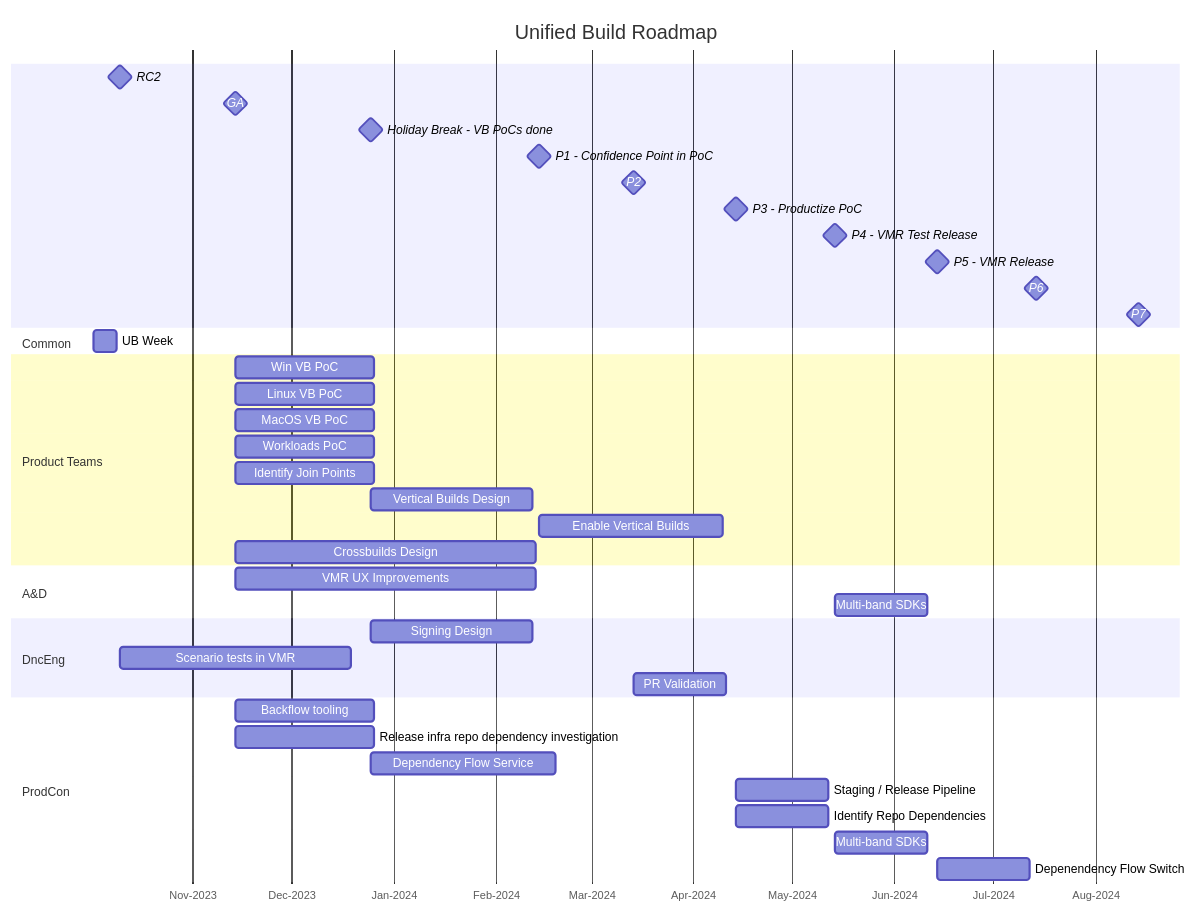
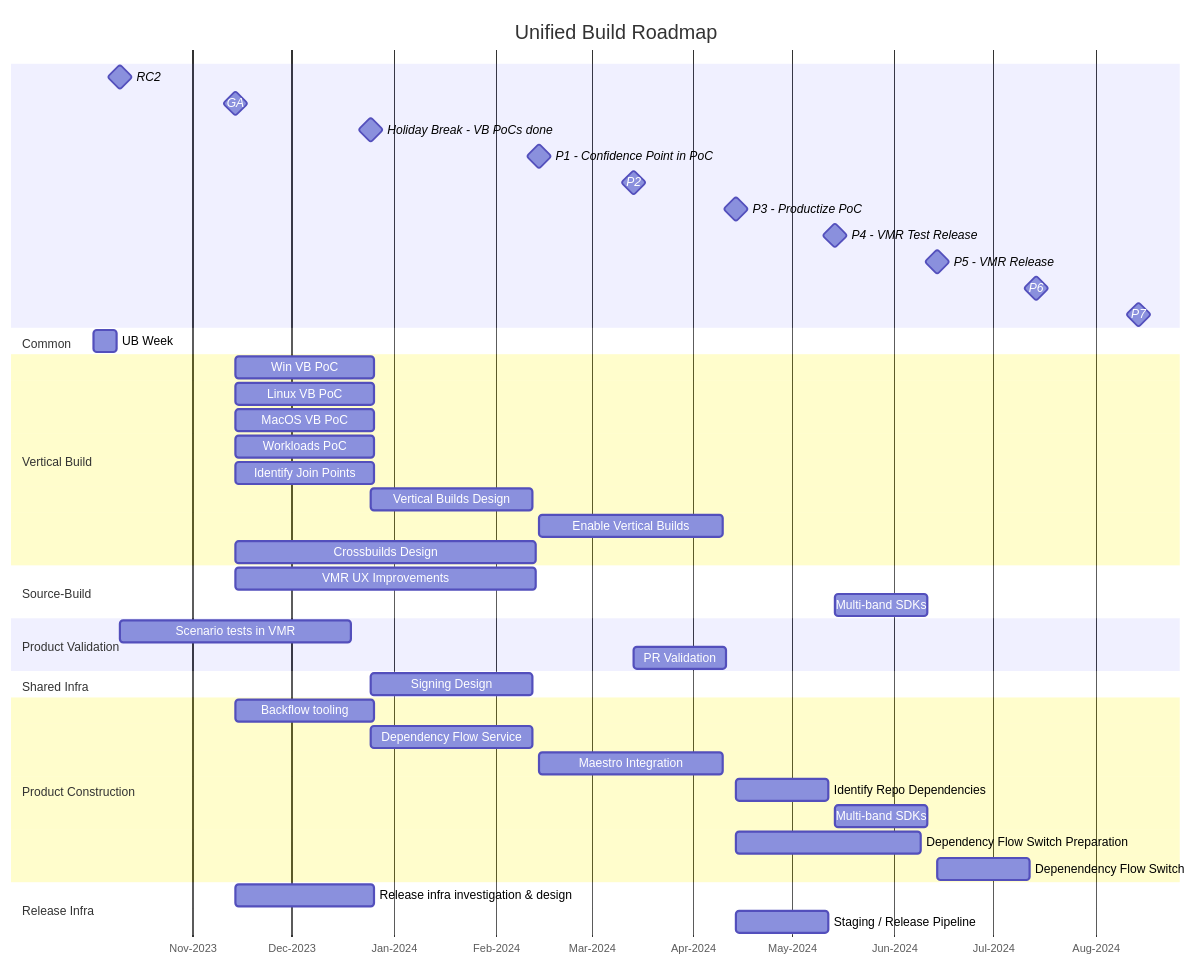
The diagram in Documentation/UnifiedBuild/UB-Roadmap-Gantt.md (dotnet/arcade), drawn with Mermaid before and after one commit. The commit also changed other lines of this file, not shown here.

Commit message:
Updated roadmap

````diff
--- a/Documentation/UnifiedBuild/UB-Roadmap-Gantt.md
+++ b/Documentation/UnifiedBuild/UB-Roadmap-Gantt.md
@@ -3,47 +3,53 @@
 ```mermaid
 gantt
     title Unified Build Roadmap
     axisFormat %b-%Y
     RC2: milestone, net8-rc2, 2023-10-10, 0
     GA: milestone, net8-ga, 2023-11-14, 0
     Holiday Break - VB PoCs done: milestone, holiday, 2023-12-25, 0
     %% delta between Holiday and P1 is 7w
     P1 - Confidence Point in PoC: milestone, net9-p1, 2024-02-14, 0
     P2: milestone, net9-p2, 2024-03-14, 0
     P3 - Productize PoC: milestone, net9-p3, 2024-04-14, 0
     P4 - VMR Test Release: milestone, net9-p4, 2024-05-14, 0
     P5 - VMR Release: milestone, net9-p5, 2024-06-14, 0
     P6: milestone, net9-p6, 2024-07-14, 0
     P7: milestone, net9-p7, 2024-08-14, 0
  
     section Common
         UB Week: ub-week, 2023-10-02, 1w
 
-    section Product Teams
+    section Vertical Build
         Win VB PoC: after net8-ga, 6w
         Linux VB PoC: after net8-ga, 6w
         MacOS VB PoC: after net8-ga, 6w
         Workloads PoC: after net8-ga, 6w
         Identify Join Points: after net8-ga, 6w
         Vertical Builds Design: after holiday, 7w
         Enable Vertical Builds: after net9-p1, 8w
         Crossbuilds Design: after net8-ga, 13w
 
-    section A&D
+    section Source-Build
         VMR UX Improvements: after net8-ga, 13w
         Multi-band SDKs: after net9-p4, 4w
 
-    section DncEng
-        Signing Design: after holiday, 7w
+    section Product Validation
         Scenario tests in VMR: after net8-rc2, 10w
         PR Validation: after net9-p2, 4w
 
-    section ProdCon
+    section Shared Infra
+        Signing Design: after holiday, 7w
+
+    section Product Construction
         Backflow tooling: after net8-ga, 6w
-        Release infra repo dependency investigation: after net8-ga, 6w
-        Dependency Flow Service: after holiday, 8w
-        Staging / Release Pipeline: after net9-p3, 4w
+        Dependency Flow Service: after holiday, 7w
+        Maestro Integration: after net9-p1, 8w
         Identify Repo Dependencies: after net9-p3, 4w
         Multi-band SDKs: after net9-p4, 4w
+        Dependency Flow Switch Preparation: after net9-p3, 8w
         Depenendency Flow Switch: after net9-p5, 4w
+
+    section Release Infra
+        Release infra investigation & design: after net8-ga, 6w
+        Staging / Release Pipeline: after net9-p3, 4w
 ```
````
